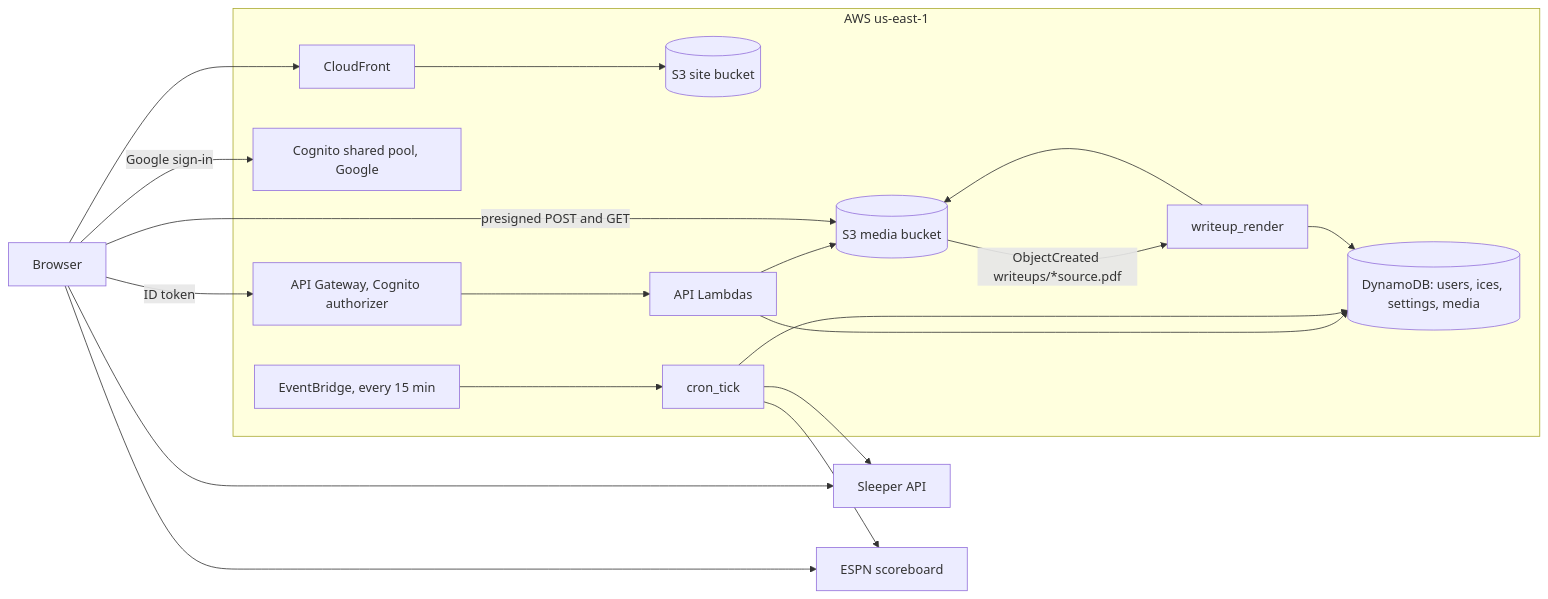
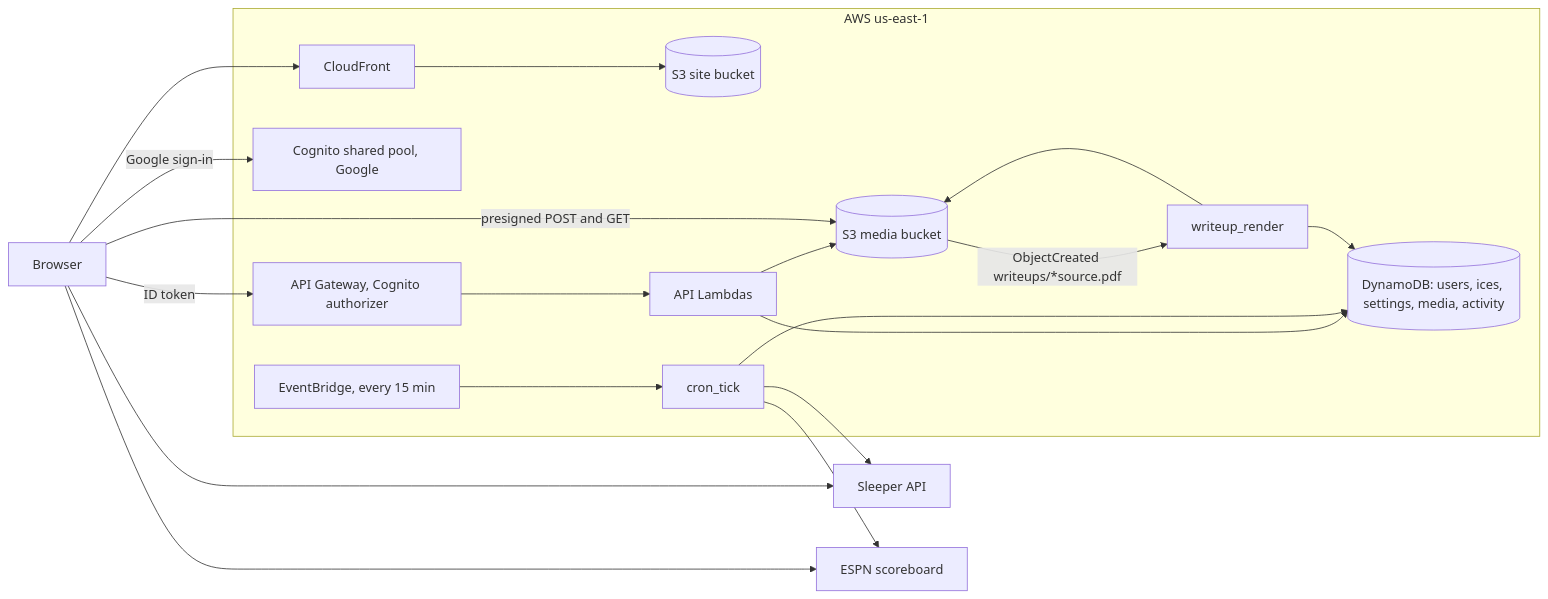
One commit to Xomware/smirnoff-league changed the first of 2 diagrams in README.md. Above: the diagram before and after it, drawn with Mermaid. The commit also changed other lines of this file and 40 other files, not shown here.

First line of the commit message:
#145 admin Users panel: sign-ins, activity, claimed teams

````diff
--- a/README.md
+++ b/README.md
@@ -35,26 +35,26 @@
 ```mermaid
 flowchart LR
   B["Browser"]
   subgraph AWS["AWS us-east-1"]
     CF["CloudFront"] --> SITE[("S3 site bucket")]
     COG["Cognito shared pool, Google"]
     APIGW["API Gateway, Cognito authorizer"] --> L["API Lambdas"]
-    L --> DDB[("DynamoDB: users, ices, settings, media")]
+    L --> DDB[("DynamoDB: users, ices, settings, media, activity")]
     L --> MB[("S3 media bucket")]
     EB["EventBridge, every 15 min"] --> CT["cron_tick"]
     CT --> DDB
     MB -- "ObjectCreated writeups/*source.pdf" --> WR["writeup_render"]
     WR --> MB
     WR --> DDB
   end
   SL["Sleeper API"]
   ESPN["ESPN scoreboard"]
   B --> CF
   B -- "Google sign-in" --> COG
   B -- "ID token" --> APIGW
   B -- "presigned POST and GET" --> MB
   B --> SL
   B --> ESPN
   CT --> SL
   CT --> ESPN
 ```
````
